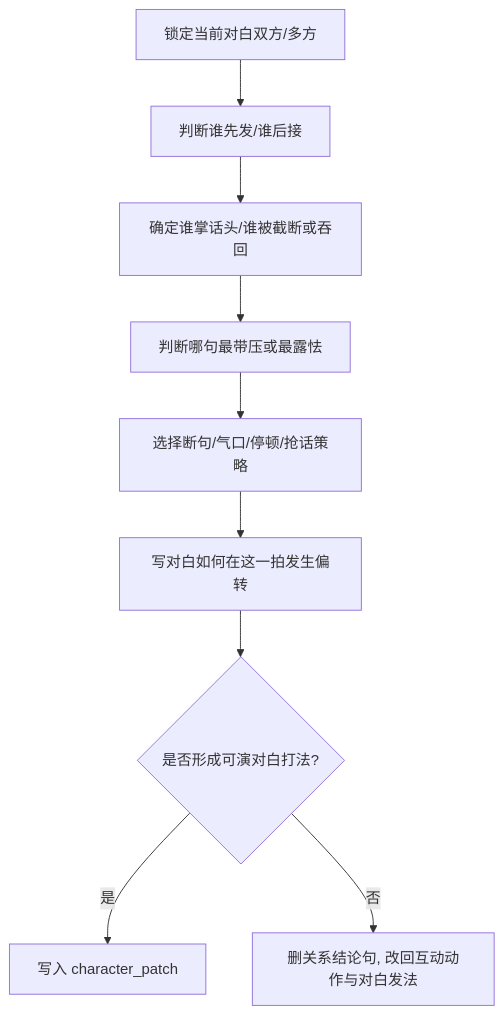
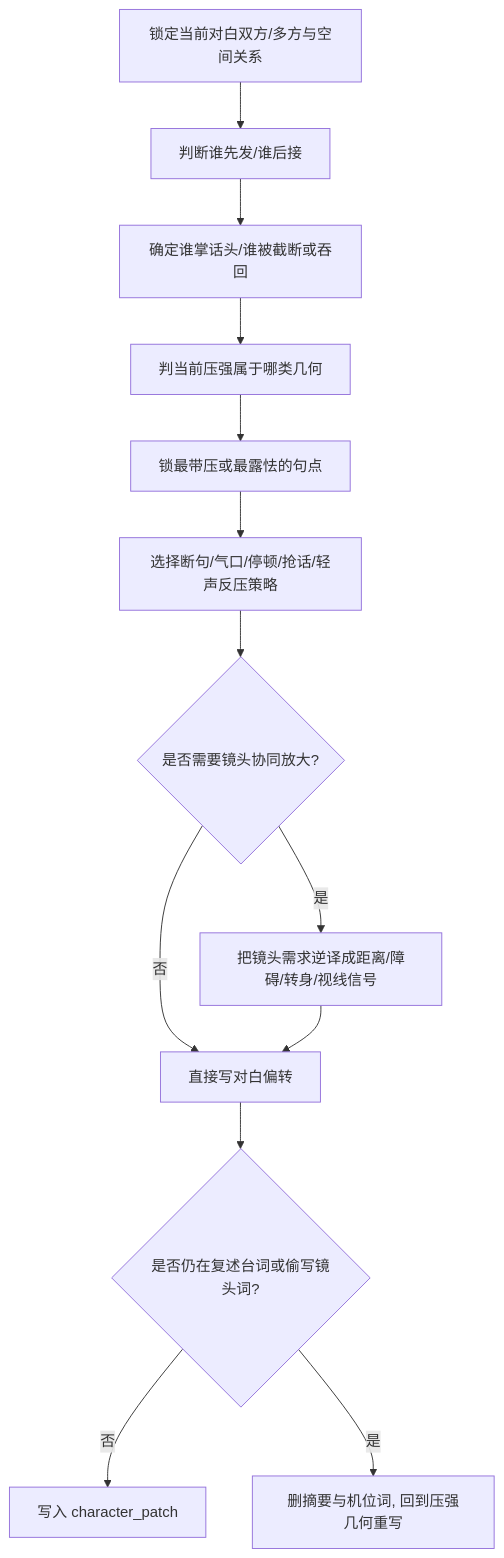
Before and after one commit to ZEN-VOID/AI-CUT: the first of 2 diagrams in .agents/skills/aigc/3-Detail/1-水月/1-角色表现/对话戏/module-guide.md, drawn with Mermaid. The commit also changed other lines of this file and 291 other files, not shown here.

````diff
--- a/.agents/skills/aigc/3-Detail/1-水月/1-角色表现/对话戏/module-guide.md
+++ b/.agents/skills/aigc/3-Detail/1-水月/1-角色表现/对话戏/module-guide.md
@@ -21,11 +23,15 @@
 ```mermaid
 flowchart TD
-    A["锁定当前对白双方/多方"] --> B["判断谁先发/谁后接"]
+    A["锁定当前对白双方/多方与空间关系"] --> B["判断谁先发/谁后接"]
     B --> C["确定谁掌话头/谁被截断或吞回"]
-    C --> D["判断哪句最带压或最露怯"]
-    D --> E["选择断句/气口/停顿/抢话策略"]
-    E --> F["写对白如何在这一拍发生偏转"]
-    F --> G{"是否形成可演对白打法?"}
-    G -- "是" --> H["写入 character_patch"]
-    G -- "否" --> I["删关系结论句, 改回互动动作与对白发法"]
+    C --> D["判当前压强属于哪类几何"]
+    D --> E["锁最带压或最露怯的句点"]
+    E --> F["选择断句/气口/停顿/抢话/轻声反压策略"]
+    F --> G{"是否需要镜头协同放大?"}
+    G -- "是" --> H["把镜头需求逆译成距离/障碍/转身/视线信号"]
+    G -- "否" --> I["直接写对白偏转"]
+    H --> I
+    I --> J{"是否仍在复述台词或偷写镜头词?"}
+    J -- "否" --> K["写入 character_patch"]
+    J -- "是" --> L["删摘要与机位词, 回到压强几何重写"]
 ```
````
